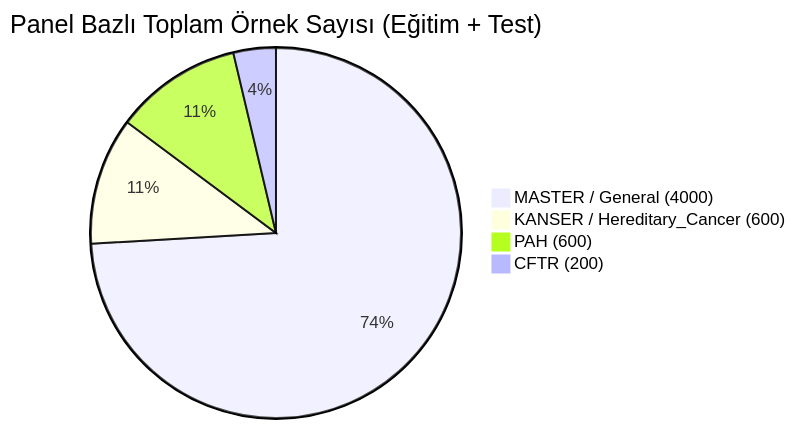
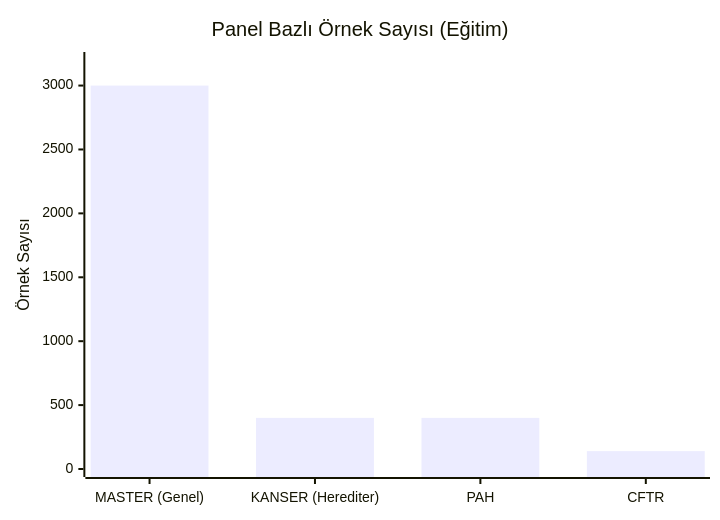
Before and after one commit to msgxr/VARIANT-GNN: the eighth of 19 diagrams in README.md, drawn with Mermaid. The commit also changed other lines of this file, not shown here.

Commit message:
docs: README nirvana revizyonu — 17 bölüm, 12 mermaid diyagram, tam görsel hiyerarşi

````diff
--- a/README.md
+++ b/README.md
@@ -219,7 +486,7 @@
 ```mermaid
-pie title Panel Bazlı Toplam Örnek Sayısı (Eğitim + Test)
-    "MASTER / General (4000)" : 4000
-    "KANSER / Hereditary_Cancer (600)" : 600
-    "PAH (600)" : 600
-    "CFTR (200)" : 200
+xychart-beta
+    title "Panel Bazlı Örnek Sayısı (Eğitim)"
+    x-axis ["MASTER (Genel)", "KANSER (Herediter)", "PAH", "CFTR"]
+    y-axis "Örnek Sayısı" 0 --> 3200
+    bar [3000, 400, 400, 140]
 ```
````
